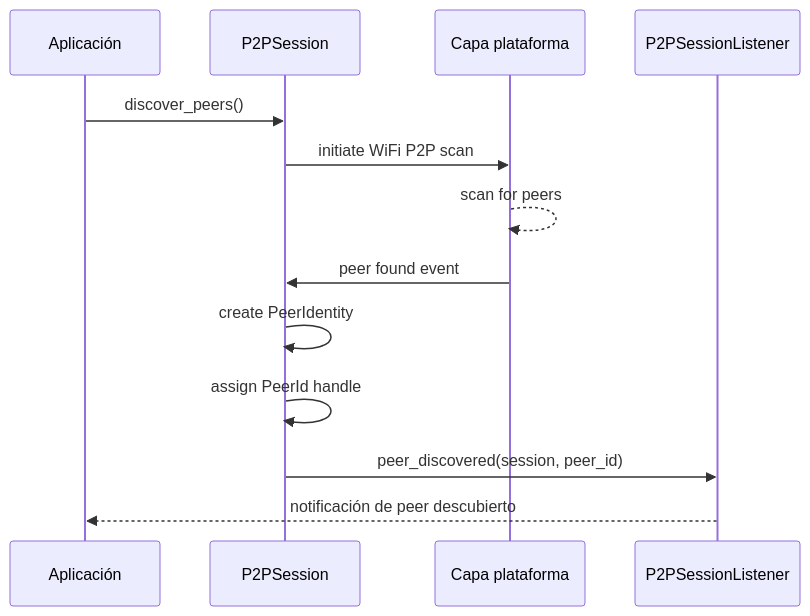
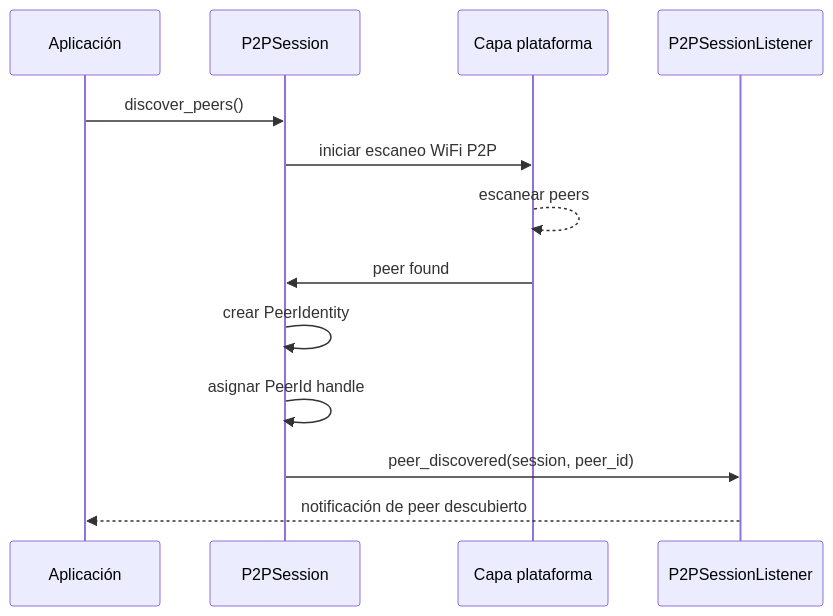
The diagram in doc/images/seq-peer-discovery.mmd (emilio/ngn), drawn with Mermaid before and after one commit.

Commit message:
Less English.

```diff
--- a/doc/images/seq-peer-discovery.mmd
+++ b/doc/images/seq-peer-discovery.mmd
@@ -1,16 +1,16 @@
 %% Peer Discovery Sequence
 %% Co-authored-by: claude
 sequenceDiagram
     participant App as Aplicación
     participant Session as P2PSession
     participant Platform as Capa plataforma
     participant Listener as P2PSessionListener
 
     App->>Session: discover_peers()
-    Session->>Platform: initiate WiFi P2P scan
-    Platform-->>Platform: scan for peers
-    Platform->>Session: peer found event
-    Session->>Session: create PeerIdentity
-    Session->>Session: assign PeerId handle
+    Session->>Platform: iniciar escaneo WiFi P2P
+    Platform-->>Platform: escanear peers
+    Platform->>Session: peer found
+    Session->>Session: crear PeerIdentity
+    Session->>Session: asignar PeerId handle
     Session->>Listener: peer_discovered(session, peer_id)
     Listener-->>App: notificación de peer descubierto
```
